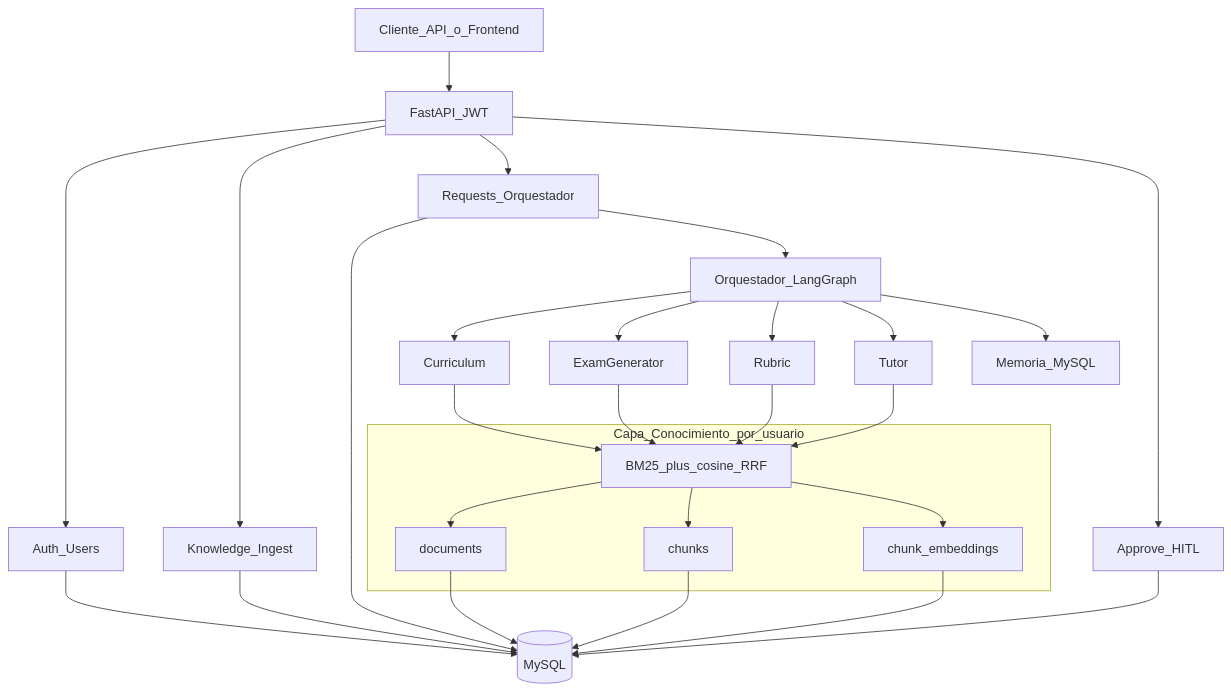
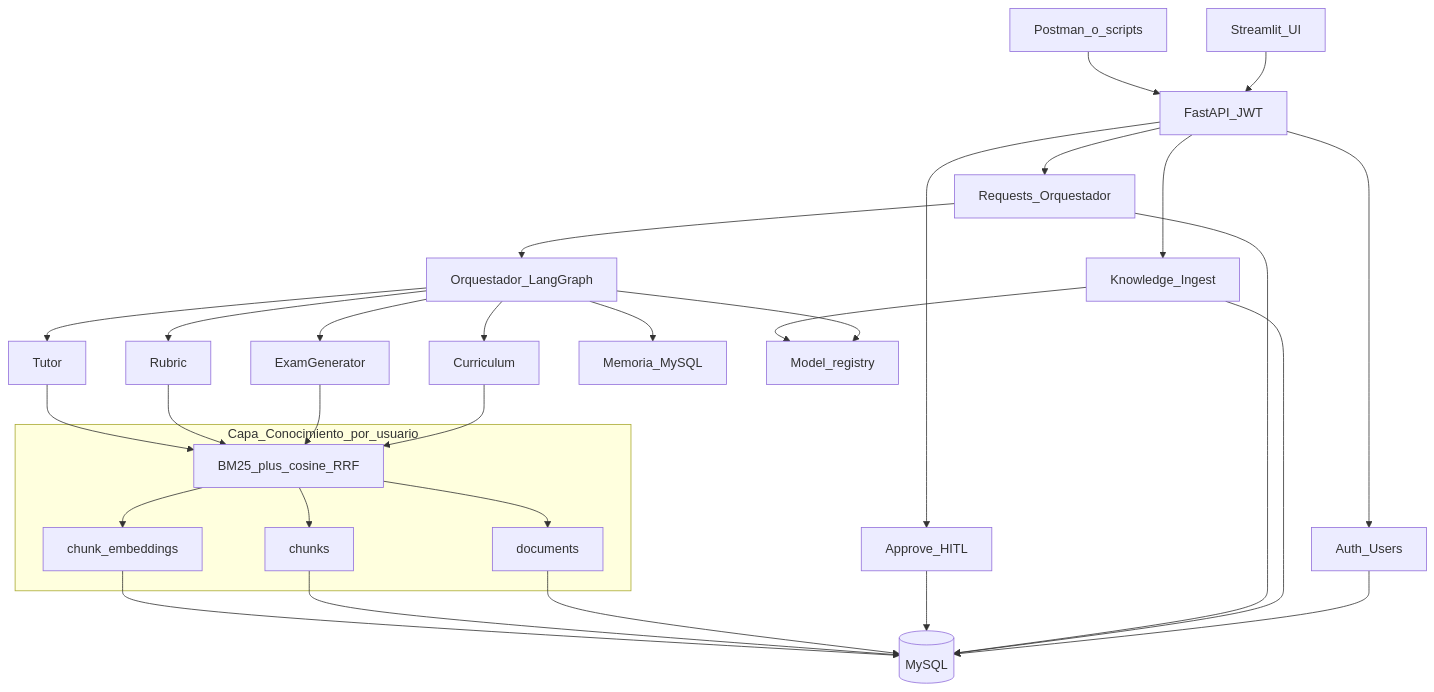
One commit to DavidLeonP/Orquestacion-Agentes changed the first of 2 diagrams in docs/arquitectura.md. Above: the diagram before and after it, drawn with Mermaid. The commit also changed other lines of this file and 9 other files, not shown here.

First line of the commit message:
Update docs: JWT API, Streamlit UI, MySQL KB architecture

````diff
--- a/docs/arquitectura.md
+++ b/docs/arquitectura.md
@@ -30,34 +30,37 @@
 ```mermaid
 flowchart TB
-    Cliente[Cliente_API_o_Frontend] --> API[FastAPI_JWT]
+    ST[Streamlit_UI] --> API[FastAPI_JWT]
+    Cliente[Postman_o_scripts] --> API
     API --> Auth[Auth_Users]
     API --> Know[Knowledge_Ingest]
     API --> Req[Requests_Orquestador]
     API --> Hitl[Approve_HITL]
     Auth --> MySQL[(MySQL)]
     Know --> MySQL
     Req --> MySQL
     Hitl --> MySQL
     Req --> Orq[Orquestador_LangGraph]
     Orq --> CA[Curriculum]
     Orq --> EG[ExamGenerator]
     Orq --> RA[Rubric]
     Orq --> TA[Tutor]
     subgraph conocimiento [Capa_Conocimiento_por_usuario]
         Docs[documents]
         Chunks[chunks]
         Emb[chunk_embeddings]
         Hibrida[BM25_plus_cosine_RRF]
     end
     CA --> Hibrida
     EG --> Hibrida
     RA --> Hibrida
     TA --> Hibrida
     Hibrida --> Docs
     Hibrida --> Chunks
     Hibrida --> Emb
     Docs --> MySQL
     Chunks --> MySQL
     Emb --> MySQL
     Orq --> Mem[Memoria_MySQL]
+    Orq --> Registry[Model_registry]
+    Know --> Registry
 ```
````
